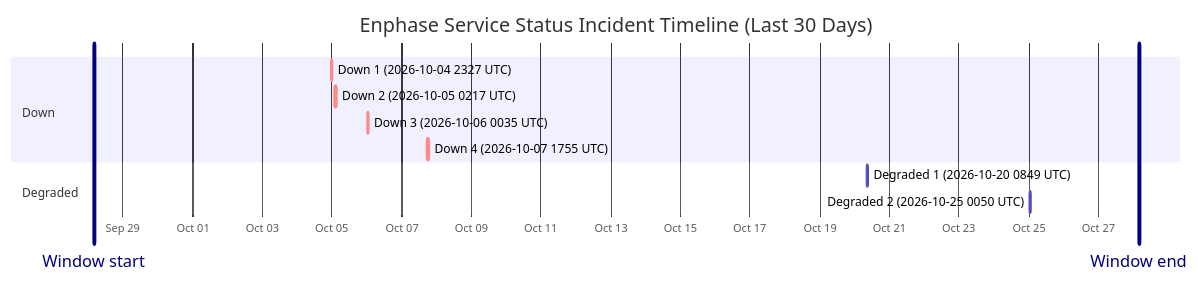
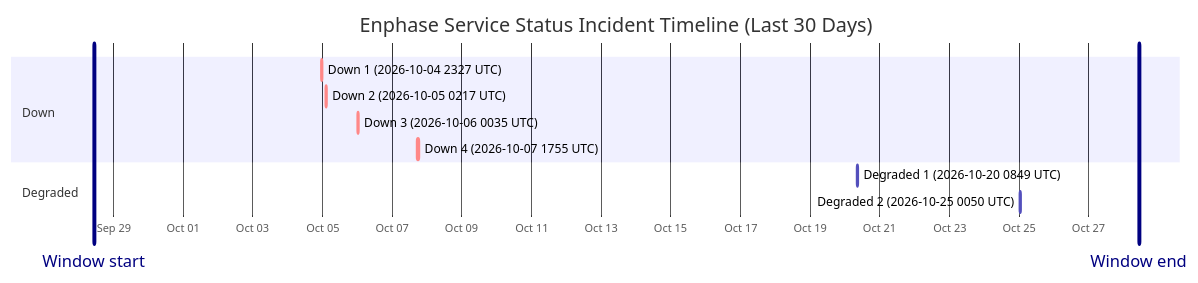
The diagram in wiki/Service-Status-History.md (barneyonline/ha-enphase-energy), drawn with Mermaid before and after one commit. The commit also changed other lines of this file and 3 other files, not shown here.

````diff
--- a/wiki/Service-Status-History.md
+++ b/wiki/Service-Status-History.md
@@ -14,16 +14,16 @@
 ```mermaid
 gantt
     title Enphase Service Status Incident Timeline (Last 30 Days)
     dateFormat  YYYY-MM-DDTHH:mm:ss
     axisFormat  %b %d
-    Window start :vert, window-start, 2026-09-28T04:05:06, 0ms
-    Window end :vert, window-end, 2026-10-28T04:05:06, 0ms
+    Window start :vert, window-start, 2026-09-28T10:43:35, 0ms
+    Window end :vert, window-end, 2026-10-28T10:43:35, 0ms
     section Down
     Down 1 (2026-10-04 2327 UTC) :crit, down-1, 2026-10-04T23:27:34, 60m
     Down 2 (2026-10-05 0217 UTC) :crit, down-2, 2026-10-05T02:17:30, 60m
     Down 3 (2026-10-06 0035 UTC) :crit, down-3, 2026-10-06T00:35:21, 60m
     Down 4 (2026-10-07 1755 UTC) :crit, down-4, 2026-10-07T17:55:16, 60m
     section Degraded
     Degraded 1 (2026-10-20 0849 UTC) :active, degraded-1, 2026-10-20T08:49:49, 60m
     Degraded 2 (2026-10-25 0050 UTC) :active, degraded-2, 2026-10-25T00:50:01, 60m
 ```
````
